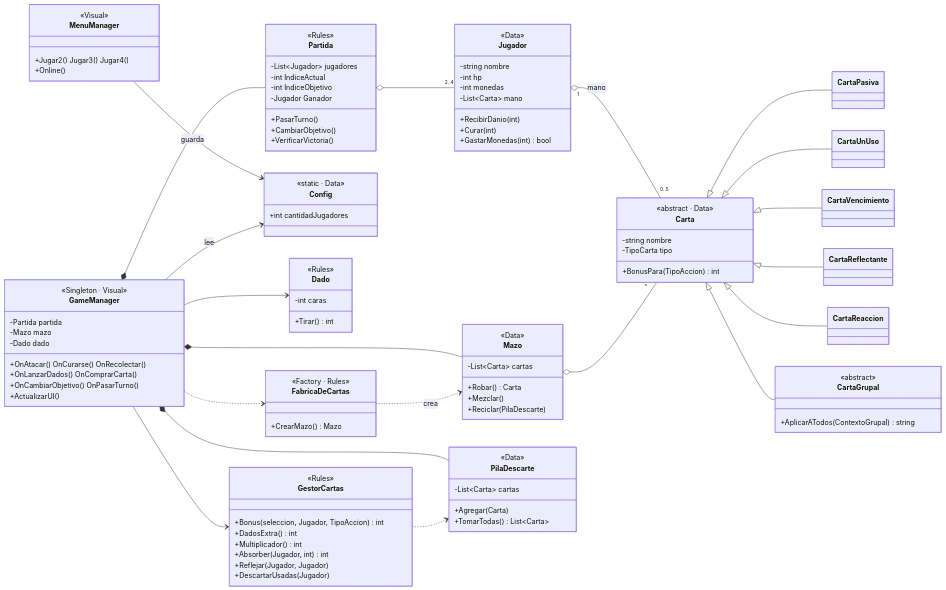
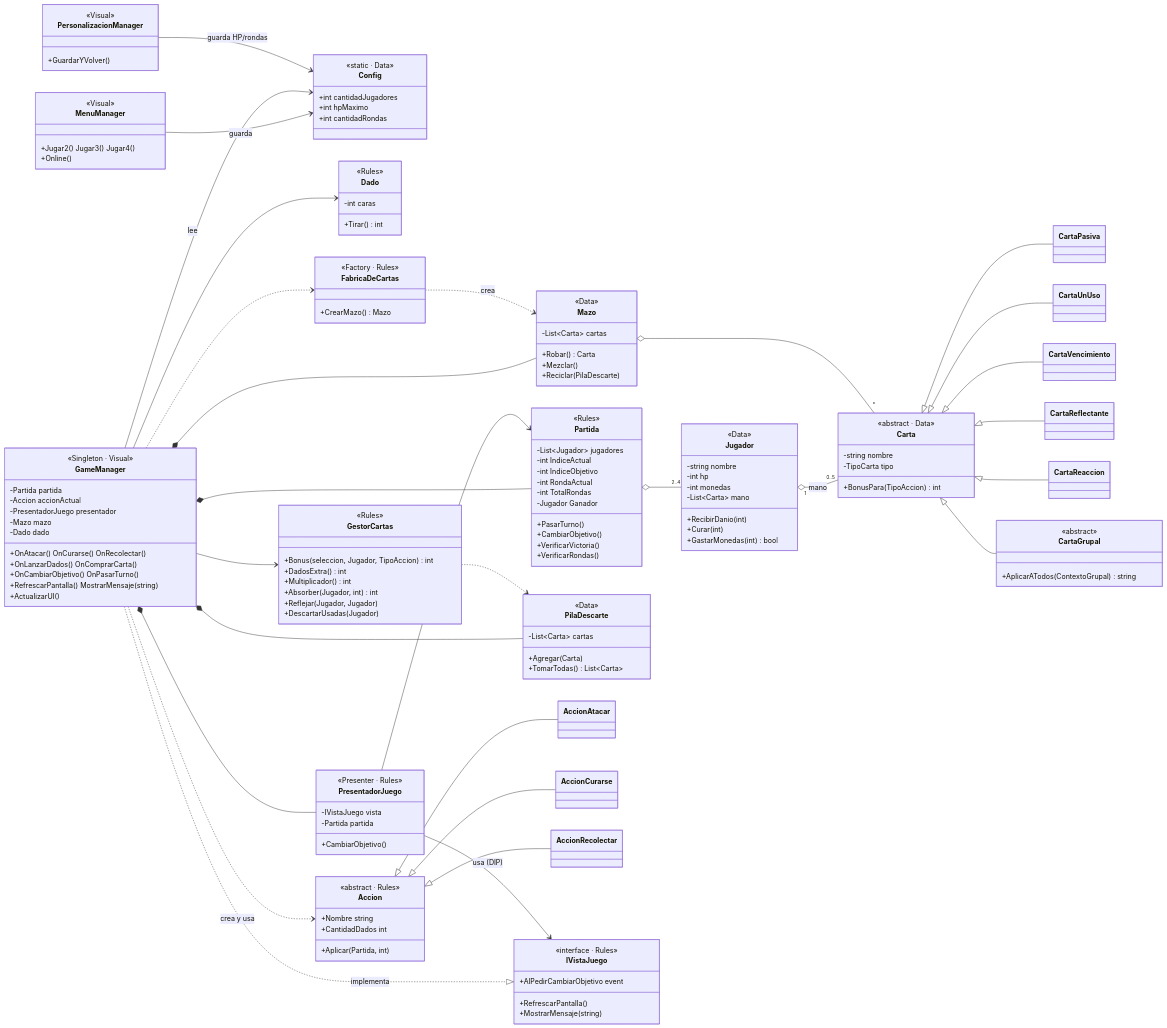
Before and after one commit to wackxion/MONATAC: the first of 5 diagrams in UML.md, drawn with Mermaid. The commit also changed other lines of this file and 16 other files, not shown here.

````diff
--- a/UML.md
+++ b/UML.md
@@ -42,11 +43,14 @@
     class GameManager {
         <<Singleton · Visual>>
         -Partida partida
+        -Accion accionActual
+        -PresentadorJuego presentador
         -Mazo mazo
         -Dado dado
         +OnAtacar() OnCurarse() OnRecolectar()
         +OnLanzarDados() OnComprarCarta()
         +OnCambiarObjetivo() OnPasarTurno()
+        +RefrescarPantalla() MostrarMensaje(string)
         +ActualizarUI()
     }
     class Partida {
@@ -54,10 +58,13 @@
         -List~Jugador~ jugadores
         -int IndiceActual
         -int IndiceObjetivo
+        -int RondaActual
+        -int TotalRondas
         -Jugador Ganador
         +PasarTurno()
         +CambiarObjetivo()
         +VerificarVictoria()
+        +VerificarRondas()
     }
     class MenuManager {
         <<Visual>>
@@ -67,6 +74,8 @@
     class Config {
         <<static · Data>>
         +int cantidadJugadores
+        +int hpMaximo
+        +int cantidadRondas
     }
     class Jugador {
         <<Data>>
@@ -124,6 +133,31 @@
         <<abstract>>
         +AplicarATodos(ContextoGrupal) string
     }
+    class Accion {
+        <<abstract · Rules>>
+        +Nombre string
+        +CantidadDados int
+        +Aplicar(Partida, int)
+    }
+    class AccionAtacar
+    class AccionCurarse
+    class AccionRecolectar
+    class IVistaJuego {
+        <<interface · Rules>>
+        +AlPedirCambiarObjetivo event
+        +RefrescarPantalla()
+        +MostrarMensaje(string)
+    }
+    class PresentadorJuego {
+        <<Presenter · Rules>>
+        -IVistaJuego vista
+        -Partida partida
+        +CambiarObjetivo()
+    }
+    class PersonalizacionManager {
+        <<Visual>>
+        +GuardarYVolver()
+    }
 
     MenuManager --> Config : guarda
     GameManager --> Config : lee
@@ -144,4 +178,13 @@
     Carta <|-- CartaReflectante
     Carta <|-- CartaReaccion
     Carta <|-- CartaGrupal
+    Accion <|-- AccionAtacar
+    Accion <|-- AccionCurarse
+    Accion <|-- AccionRecolectar
+    GameManager ..> Accion : crea y usa
+    GameManager ..|> IVistaJuego : implementa
+    GameManager *-- PresentadorJuego
+    PresentadorJuego --> IVistaJuego : usa (DIP)
+    PresentadorJuego --> Partida
+    PersonalizacionManager --> Config : guarda HP/rondas
 ```
````
